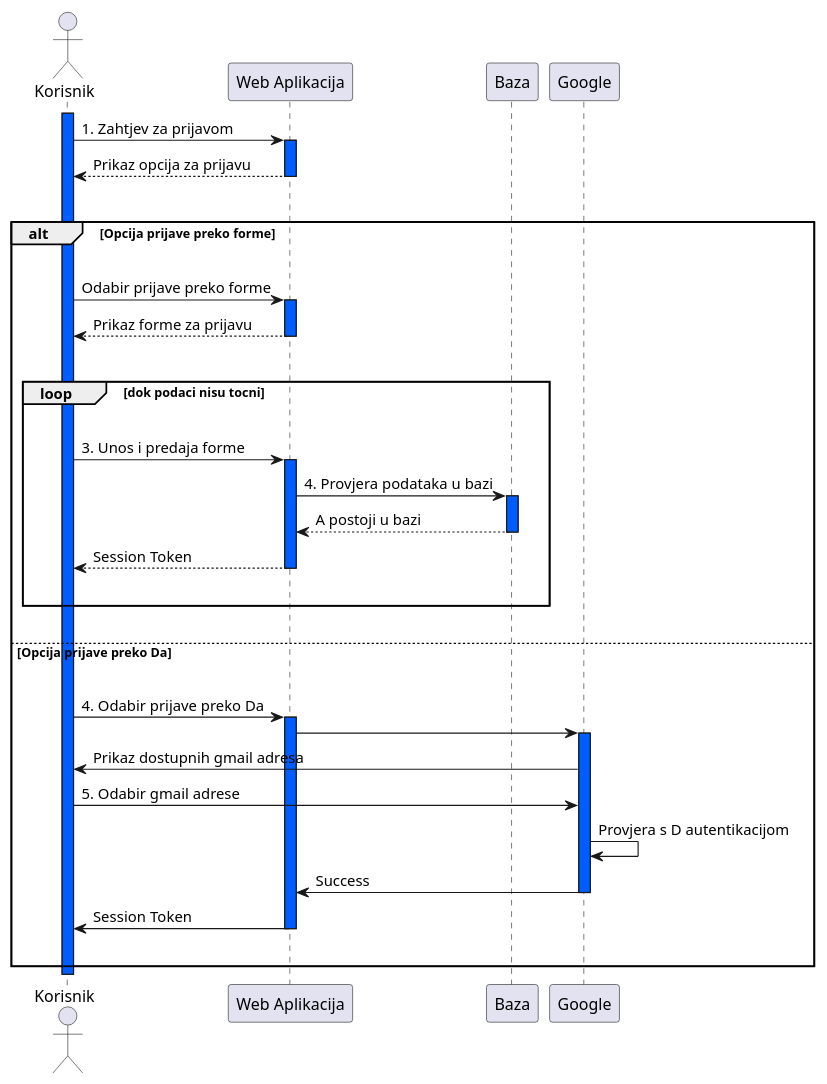
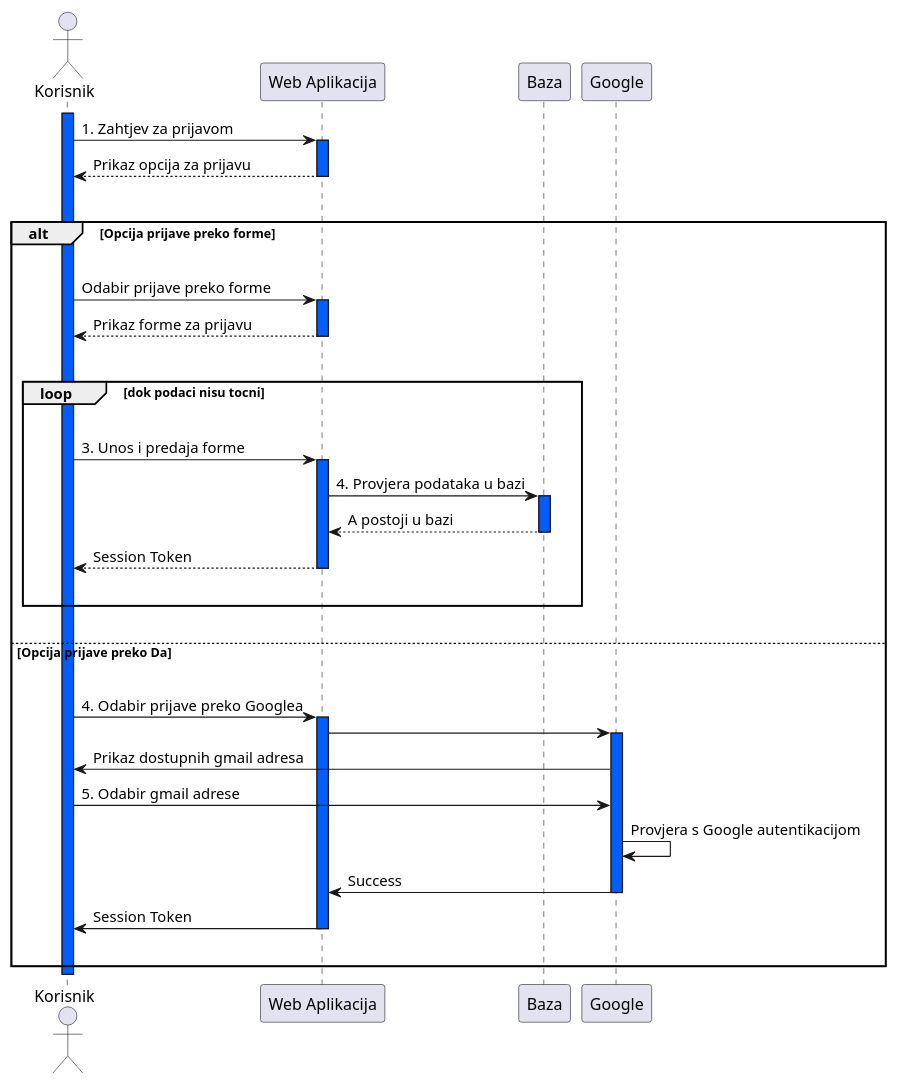
One commit to studensis/studius changed the diagram in documentation/diagrams/UMLSequence/loginSequence.pu. Above: the diagram before and after it, drawn with PlantUML. The commit also changed 15 other files, not shown here.

```diff
--- a/documentation/diagrams/UMLSequence/loginSequence.pu
+++ b/documentation/diagrams/UMLSequence/loginSequence.pu
@@ -1,60 +1,60 @@
 @startuml loginSequence
 
 actor "Korisnik" as A
 participant "Web Aplikacija" as B
 participant "Baza" as C
 participant "Google" as D
 
 activate A #005DFF
 
 A -> B: 1. Zahtjev za prijavom
 activate B #005DFF
 B --> A: Prikaz opcija za prijavu
 deactivate B
 
 |||
 alt Opcija prijave preko forme
 |||
 
 A -> B: Odabir prijave preko forme
 activate B #005DFF
 B --> A: Prikaz forme za prijavu
 deactivate B
 
 |||
 loop dok podaci nisu tocni
 |||
 
 A -> B: 3. Unos i predaja forme
 activate B #005DFF
 B -> C: 4. Provjera podataka u bazi
 activate C #005DFF
 C --> B: A postoji u bazi
 deactivate C
 B --> A: Session Token
 deactivate B
 
 |||
 end
 |||
 else Opcija prijave preko Da
 |||
 
-    A -> B: 4. Odabir prijave preko Da
+    A -> B: 4. Odabir prijave preko Googlea
     	activate B #005DFF
     B -> D
     	activate D #005DFF
     D -> A: Prikaz dostupnih gmail adresa
     A -> D: 5. Odabir gmail adrese
-    D -> D: Provjera s D autentikacijom
+    D -> D: Provjera s Google autentikacijom
     D -> B: Success
     	deactivate D
     B -> A: Session Token
     	deactivate B
 
 |||
 end
 
 deactivate A
 
 @enduml
```
